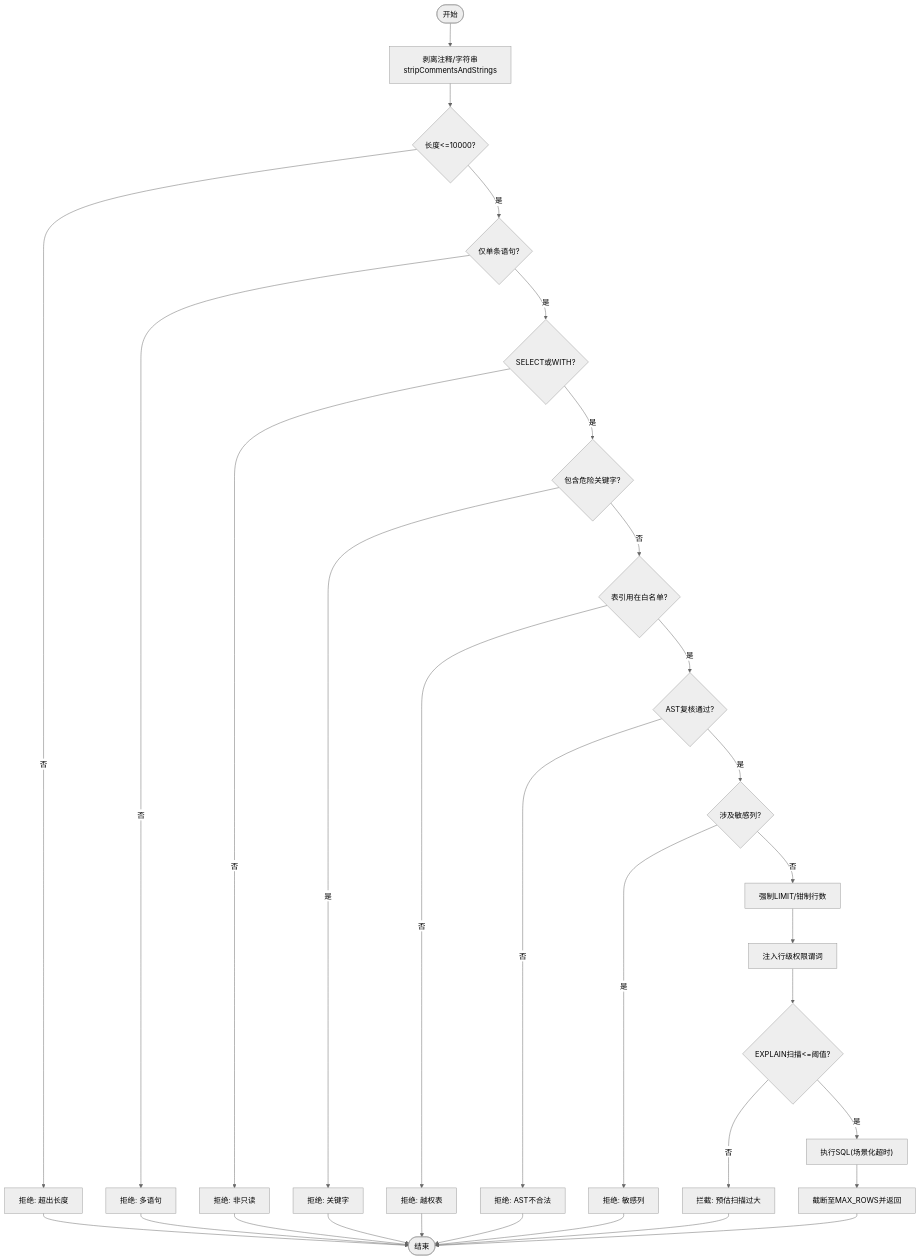
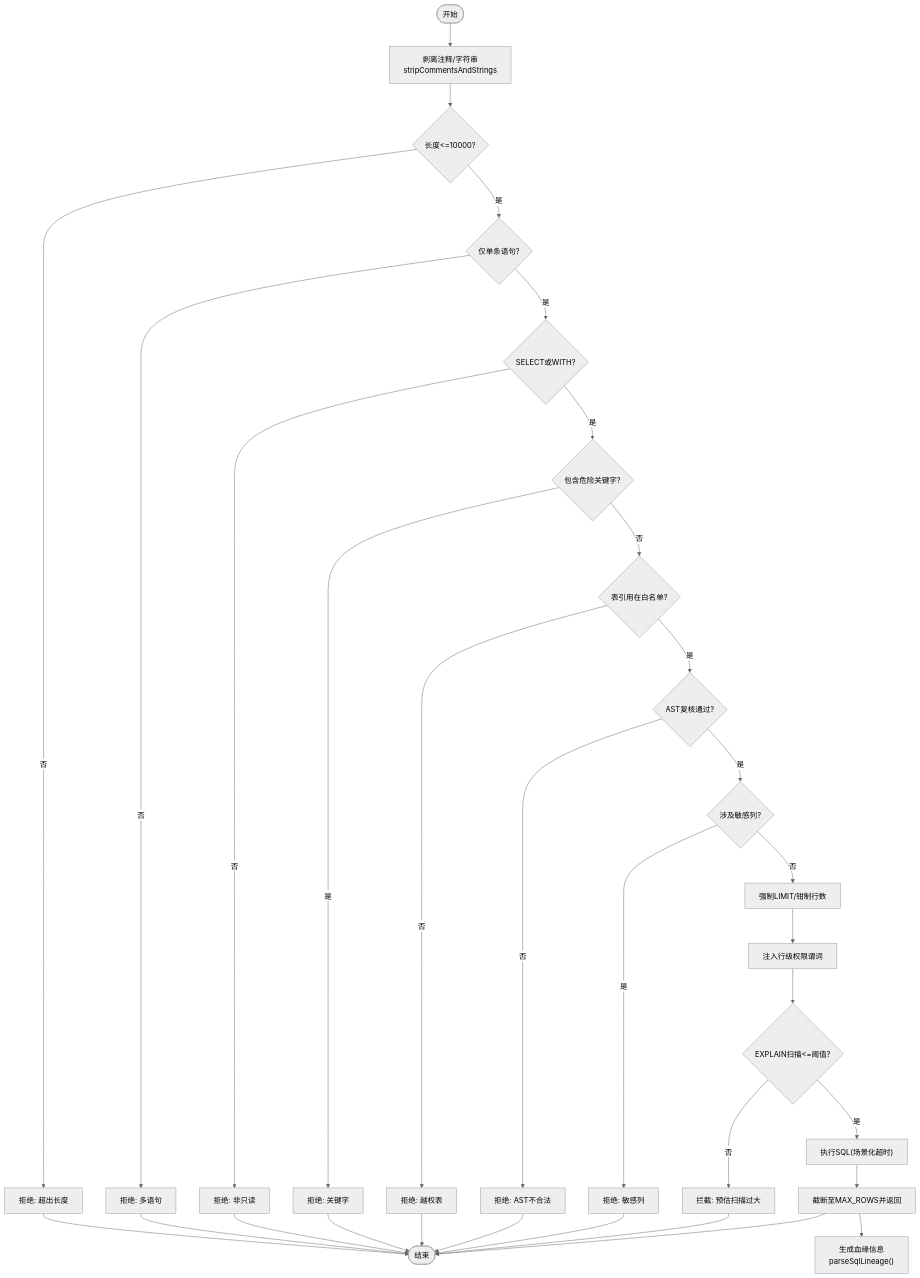
The third of 6 diagrams in .qoder/repowiki/zh/content/系统架构/核心组件详解/查询处理引擎/SQL执行器与安全控制.md (dgjin/smart-data-analytics), drawn with Mermaid (neutral theme) before and after one commit. The commit also changed other lines of this file and 82 other files, not shown here.

````diff
--- a/.qoder/repowiki/zh/content/系统架构/核心组件详解/查询处理引擎/SQL执行器与安全控制.md
+++ b/.qoder/repowiki/zh/content/系统架构/核心组件详解/查询处理引擎/SQL执行器与安全控制.md
@@ -140,33 +170,34 @@
 ```mermaid
 flowchart TD
 Start(["开始"]) --> Clean["剥离注释/字符串<br/>stripCommentsAndStrings"]
 Clean --> Length{"长度<=10000?"}
 Length -- 否 --> RejectLen["拒绝: 超出长度"]
 Length -- 是 --> Single{"仅单条语句?"}
 Single -- 否 --> RejectMulti["拒绝: 多语句"]
 Single -- 是 --> Type{"SELECT或WITH?"}
 Type -- 否 --> RejectType["拒绝: 非只读"]
 Type -- 是 --> Forbidden{"包含危险关键字?"}
 Forbidden -- 是 --> RejectKey["拒绝: 关键字"]
 Forbidden -- 否 --> Tables{"表引用在白名单?"}
 Tables -- 否 --> RejectTable["拒绝: 越权表"]
 Tables -- 是 --> AST{"AST复核通过?"}
 AST -- 否 --> RejectAST["拒绝: AST不合法"]
 AST -- 是 --> Sensitive{"涉及敏感列?"}
 Sensitive -- 是 --> RejectCol["拒绝: 敏感列"]
 Sensitive -- 否 --> Limit["强制LIMIT/钳制行数"]
 Limit --> RowFilter["注入行级权限谓词"]
 RowFilter --> Explain{"EXPLAIN扫描<=阈值?"}
 Explain -- 否 --> GuardBlock["拦截: 预估扫描过大"]
 Explain -- 是 --> Execute["执行SQL(场景化超时)"]
 Execute --> Result["截断至MAX_ROWS并返回"]
+Result --> Lineage["生成血缘信息<br/>parseSqlLineage()"]
 RejectLen --> End(["结束"])
 RejectMulti --> End
 RejectType --> End
 RejectKey --> End
 RejectTable --> End
 RejectAST --> End
 RejectCol --> End
 GuardBlock --> End
 Result --> End
 ```
````
